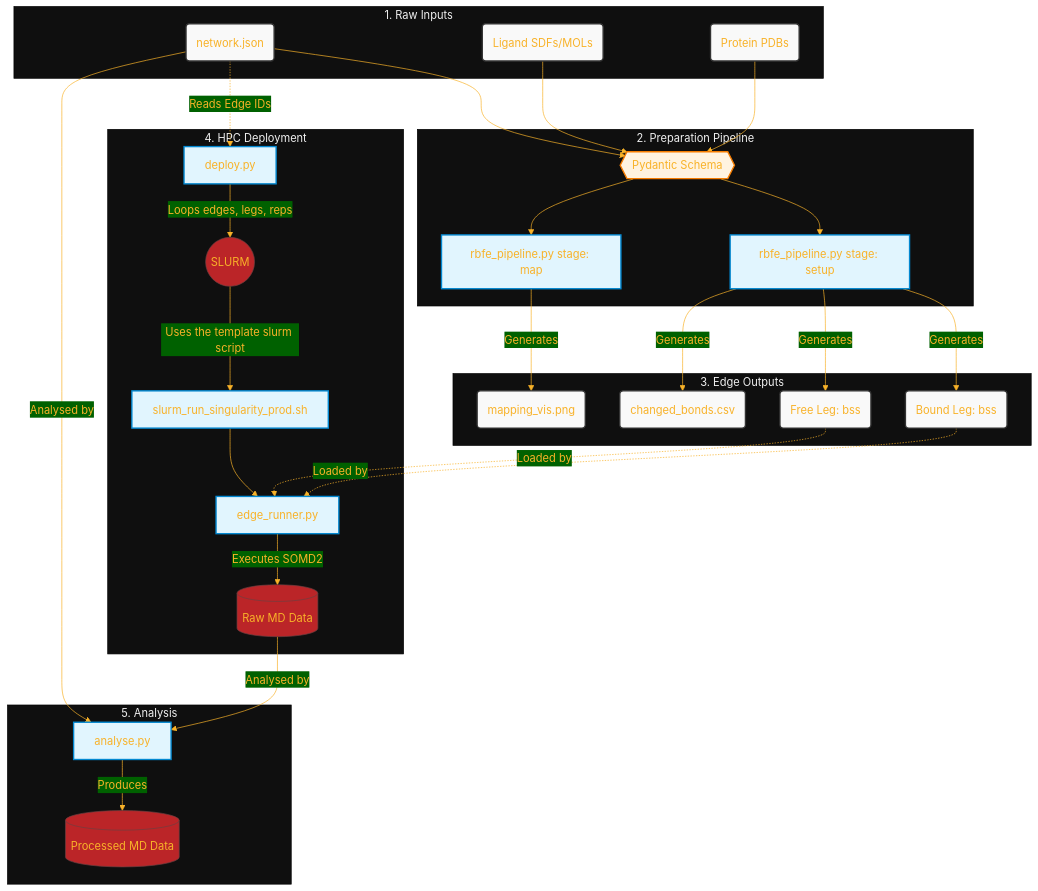
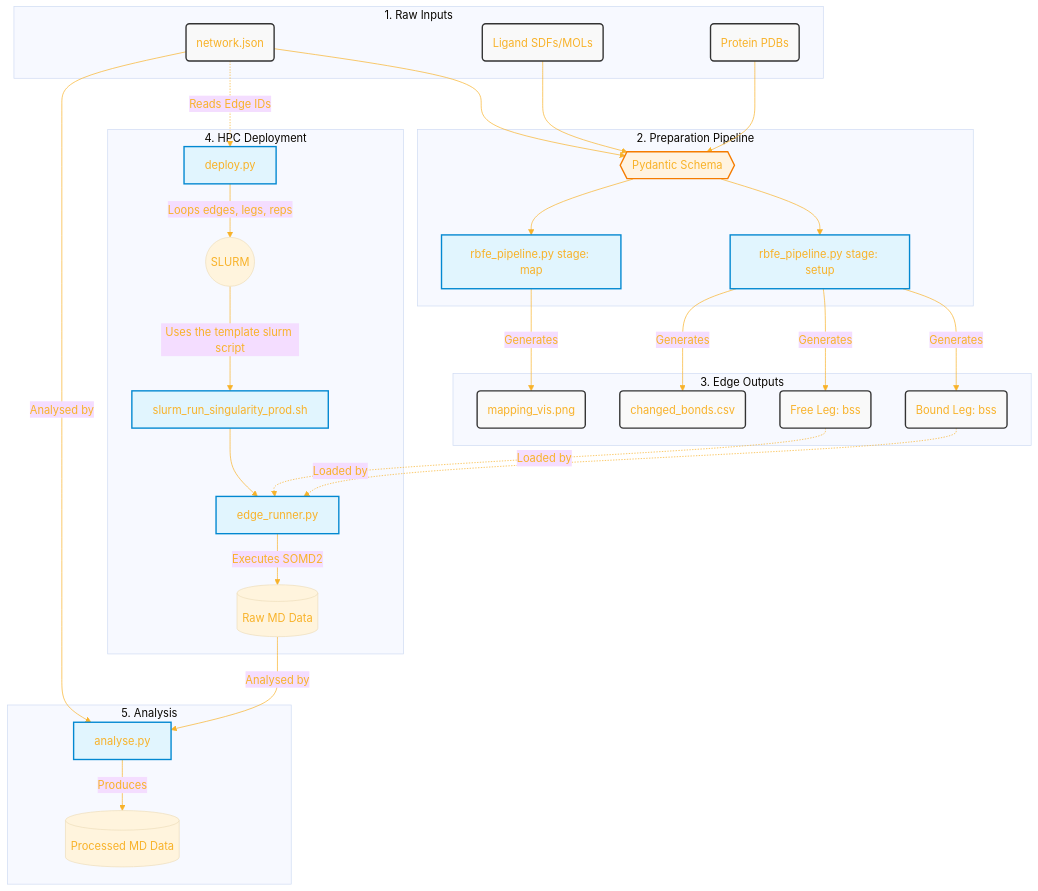
Before and after one commit to akalpokas/scaffold-hopping-fep-benchmark: the diagram in README.md, drawn with Mermaid.

Commit message:
Remove the disgusting colours from the mermaid.js flowchart

````diff
--- a/README.md
+++ b/README.md
@@ -48,79 +48,76 @@
 ```mermaid
 ---
 config:
   theme: 'base'
   themeVariables:
-    primaryColor: '#BB2528'
     primaryTextColor: '#F8B229'
     lineColor: '#F8B229'
-    secondaryColor: '#006100'
-    tertiaryColor: '#0f0f0f'
     background: '#ffffff'
 ---
 flowchart TD
     classDef file fill:#f9f9f9,stroke:#333,stroke-width:2px;
     classDef script fill:#e1f5fe,stroke:#0288d1,stroke-width:2px;
     classDef check fill:#fff3e0,stroke:#f57c00,stroke-width:2px;
 
     subgraph Inputs ["1. Raw Inputs"]
         JSON(network.json):::file
         SDF(Ligand SDFs/MOLs):::file
         PDB(Protein PDBs):::file
     end
 
     subgraph Prep ["2. Preparation Pipeline"]
         Schema{{Pydantic Schema}}:::check
         PipeMap[rbfe_pipeline.py stage: map]:::script
         PipeSetup[rbfe_pipeline.py stage: setup]:::script
         
         Schema --> PipeMap
         Schema --> PipeSetup
     end
 
     subgraph LocalOut ["3. Edge Outputs"]
         Vis(mapping_vis.png):::file
         CSV(changed_bonds.csv):::file
         Free(Free Leg: bss):::file
         Bound(Bound Leg: bss):::file
     end
 
     subgraph Cluster ["4. HPC Deployment"]
         Deploy[deploy.py]:::script
         Slurm((SLURM))
         Bash[slurm_run_singularity_prod.sh]:::script
         Run[edge_runner.py]:::script
         MD[(Raw MD Data)]
     end
 
     subgraph Analysis ["5. Analysis"]
         Analyse[analyse.py]:::script
         FinalData[(Processed MD Data)]
     end
 
     %% Step 1 to 2
     JSON --> Schema
     SDF --> Schema
     PDB --> Schema
 
     %% Step 2 to 3
     PipeMap -->|Generates| Vis
     PipeSetup -->|Generates| CSV
     PipeSetup -->|Generates| Free
     PipeSetup -->|Generates| Bound
 
     %% Step 3 to 4
     JSON -.->|Reads Edge IDs| Deploy
     Deploy -->|Loops edges, legs, reps| Slurm
     Slurm -->|Uses the template slurm script| Bash
     Bash --> Run
     
     Free -.->|Loaded by| Run
     Bound -.->|Loaded by| Run
     
     Run -->|Executes SOMD2| MD
 
     %% Step 4 to 5
     JSON -->|Analysed by| Analyse
     MD -->|Analysed by| Analyse
     Analyse -->| Produces | FinalData
 ```
````
